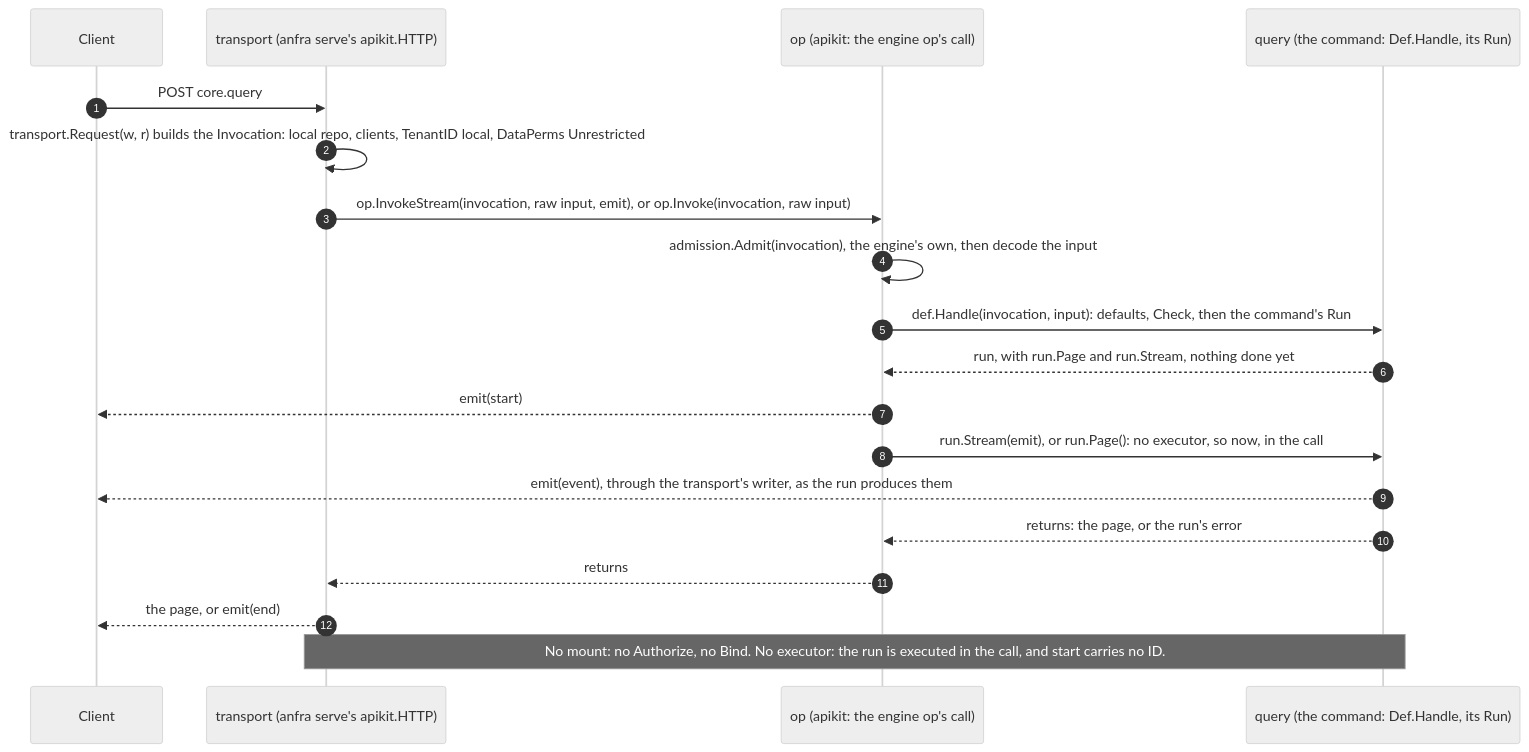
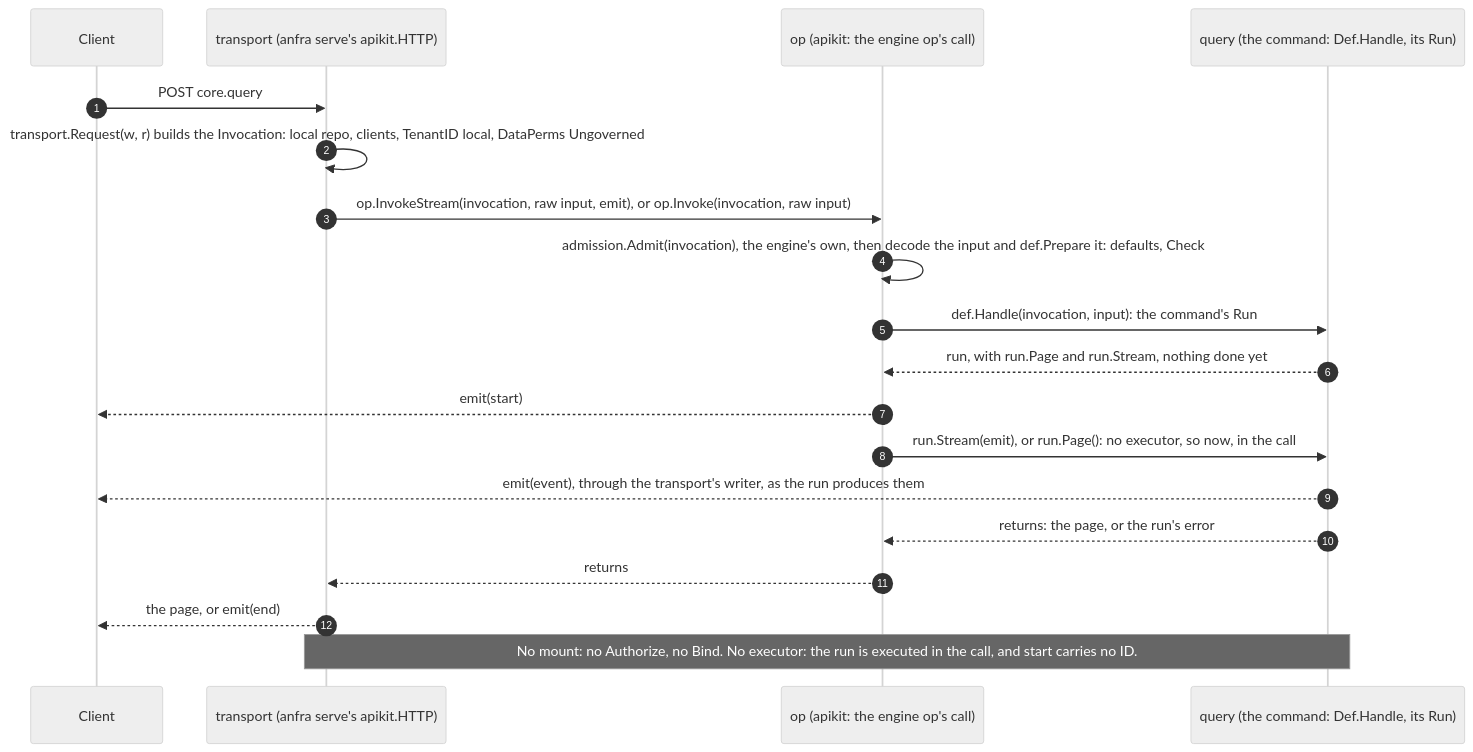
One commit to holistics/anfra changed the second of 2 diagrams in docs/designs/engine.md. Above: the diagram before and after it, drawn with Mermaid (neutral theme). The commit also changed other lines of this file and 37 other files, not shown here.

Commit message:
chore(engine)!: revamp to authorize on typed input

````diff
--- a/docs/designs/engine.md
+++ b/docs/designs/engine.md
@@ -105,22 +108,22 @@
 ```mermaid
 sequenceDiagram
     autonumber
     participant C as Client
     participant T as transport (anfra serve's apikit.HTTP)
     participant A as op (apikit: the engine op's call)
     participant H as query (the command: Def.Handle, its Run)
 
     C->>T: POST core.query
-    T->>T: transport.Request(w, r) builds the Invocation: local repo, clients, TenantID local, DataPerms Unrestricted
+    T->>T: transport.Request(w, r) builds the Invocation: local repo, clients, TenantID local, DataPerms Ungoverned
     T->>A: op.InvokeStream(invocation, raw input, emit), or op.Invoke(invocation, raw input)
-    A->>A: admission.Admit(invocation), the engine's own, then decode the input
-    A->>H: def.Handle(invocation, input): defaults, Check, then the command's Run
+    A->>A: admission.Admit(invocation), the engine's own, then decode the input and def.Prepare it: defaults, Check
+    A->>H: def.Handle(invocation, input): the command's Run
     H-->>A: run, with run.Page and run.Stream, nothing done yet
     A-->>C: emit(start)
     A->>H: run.Stream(emit), or run.Page(): no executor, so now, in the call
     H-->>C: emit(event), through the transport's writer, as the run produces them
     H-->>A: returns: the page, or the run's error
     A-->>T: returns
     T-->>C: the page, or emit(end)
     Note over T,H: No mount: no Authorize, no Bind. No executor: the run is executed in the call, and start carries no ID.
 ```
````
